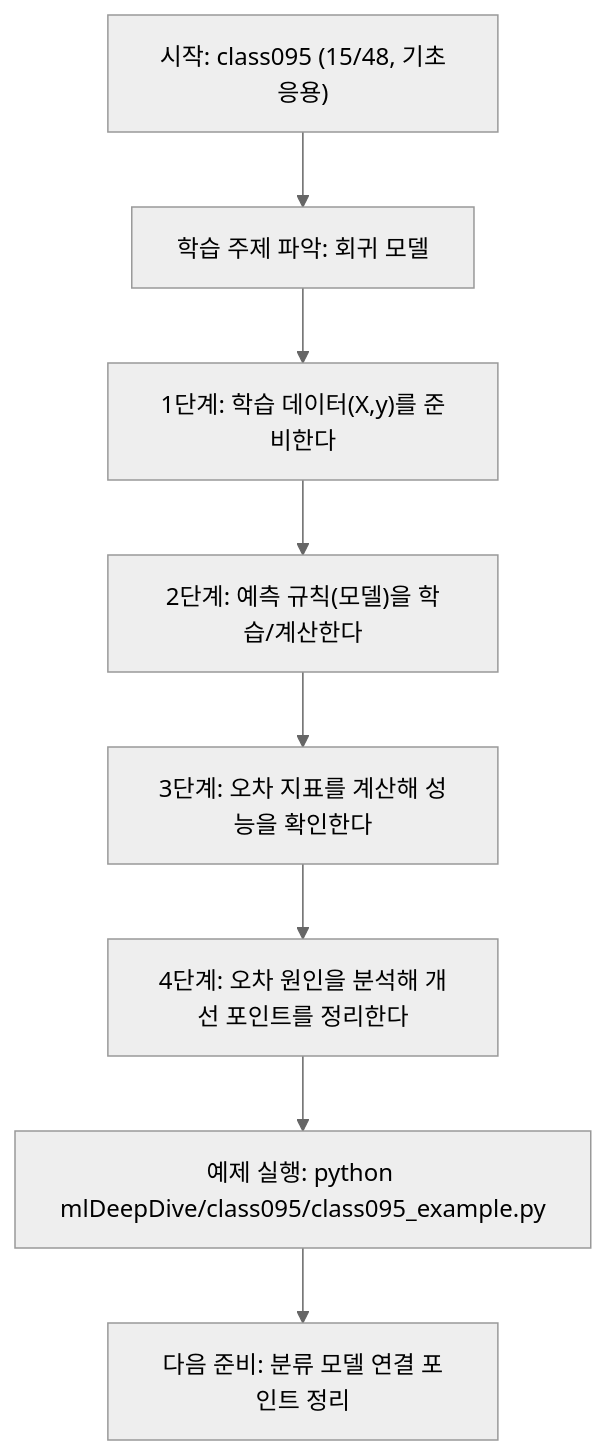
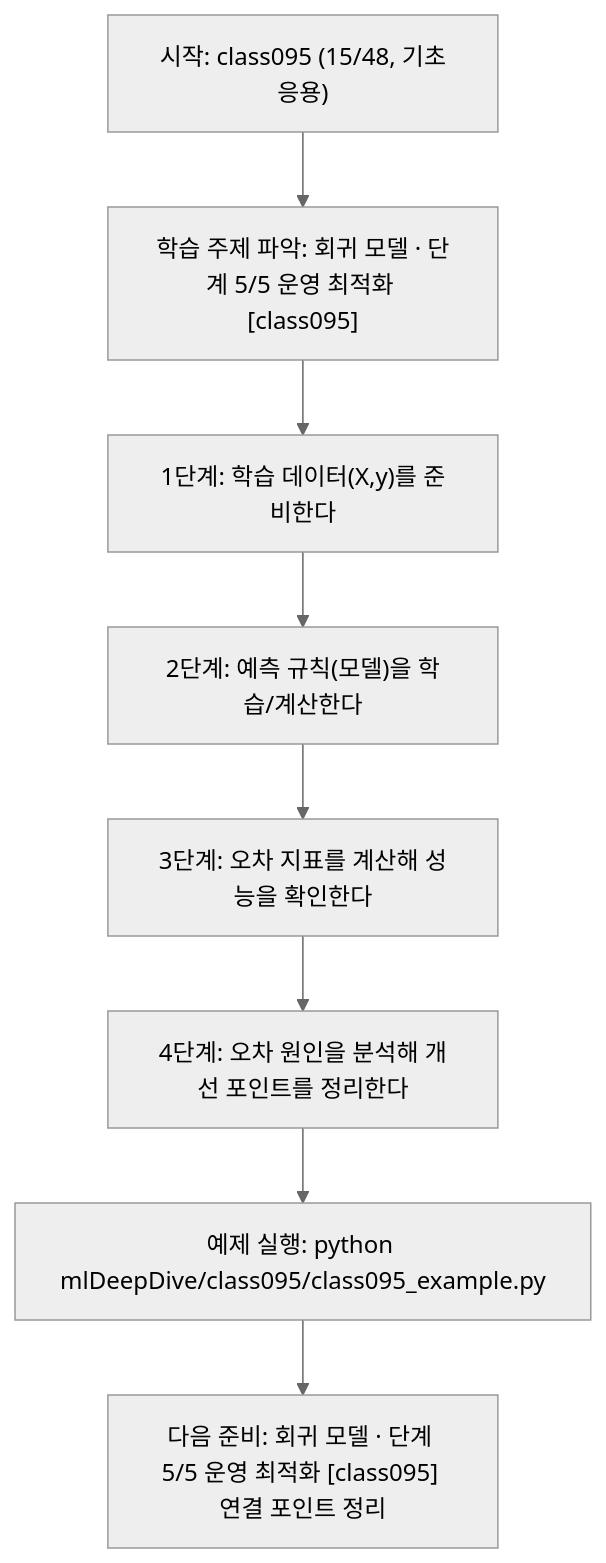
The diagram in mlDeepDive/class095/class095.md (edumgt/Python-AI_Agent-Class), drawn with Mermaid (neutral theme) before and after one commit. The commit also changed other lines of this file and 522 other files, not shown here.

````diff
--- a/mlDeepDive/class095/class095.md
+++ b/mlDeepDive/class095/class095.md
@@ -108,18 +109,18 @@
 ```mermaid
 flowchart TD
 N1["시작: class095 (15/48, 기초응용)"]
-N2["학습 주제 파악: 회귀 모델"]
+N2["학습 주제 파악: 회귀 모델 · 단계 5/5 운영 최적화 [class095]"]
 N3["1단계: 학습 데이터(X,y)를 준비한다"]
 N4["2단계: 예측 규칙(모델)을 학습/계산한다"]
 N5["3단계: 오차 지표를 계산해 성능을 확인한다"]
 N6["4단계: 오차 원인을 분석해 개선 포인트를 정리한다"]
 N7["예제 실행: python mlDeepDive/class095/class095_example.py"]
-N8["다음 준비: 분류 모델 연결 포인트 정리"]
+N8["다음 준비: 회귀 모델 · 단계 5/5 운영 최적화 [class095] 연결 포인트 정리"]
 N1 --> N2
 N2 --> N3
 N3 --> N4
 N4 --> N5
 N5 --> N6
 N6 --> N7
 N7 --> N8
 ```
````
